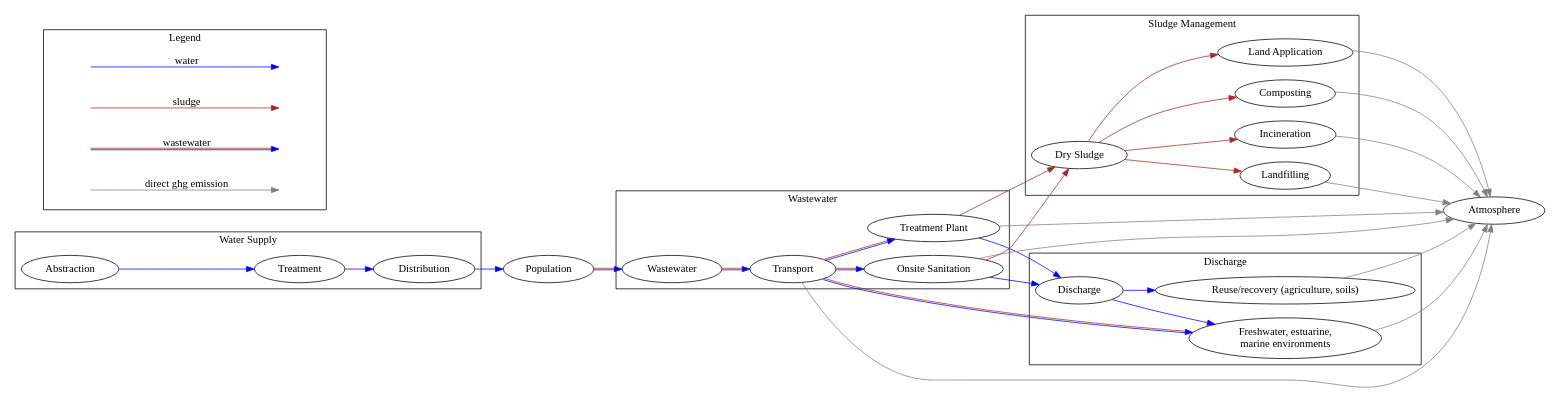
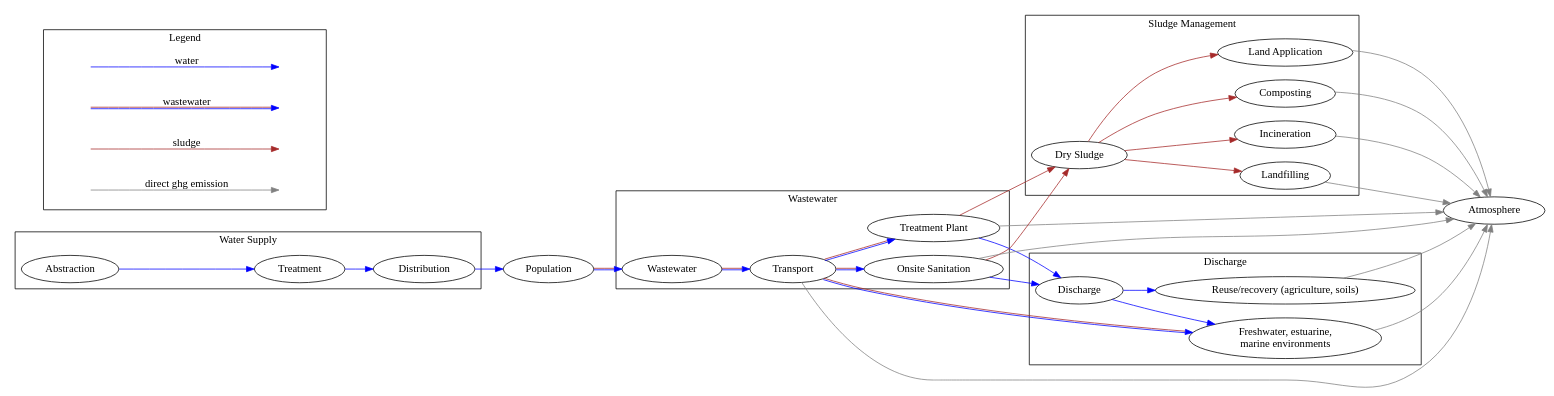
The diagram in v3/frontend/diagram/map.dot (icra/ecam), drawn with Graphviz before and after one commit. The commit also changed 9 other files, not shown here.

```diff
--- a/v3/frontend/diagram/map.dot
+++ b/v3/frontend/diagram/map.dot
@@ -1,70 +1,70 @@
 digraph MyGraph {
   rankdir="LR";
 
   wsa [label="Abstraction"]
   wst [label="Treatment"]
   wsd [label="Distribution"]
   pop [label="Population"]
   ww  [label="Wastewater"]
   tra [label="Transport"]
 
   wwt [label="Treatment Plant"]
   ons [label="Onsite Sanitation"]
 
   dis [label="Discharge"]
   riv [label="Freshwater, estuarine,\nmarine environments"]
   reu [label="Reuse/recovery (agriculture, soils)"]
   slu [label="Dry Sludge"]
   inc [label="Incineration"]
   laf [label="Landfilling"]
   lap [label="Land Application"]
   com [label="Composting"]
 
   subgraph cluster_ws {
     label="Water Supply"
     wsa -> wst -> wsd [color="blue"]
   }
 
   wsd -> pop [color="blue"]
   pop -> ww  [color="blue:brown"]
 
   subgraph cluster_ww{
     label="Wastewater"
     ww  -> tra [color="blue:brown"]
     tra -> {wwt ons} [color="blue:brown"]
   }
 
   subgraph cluster_dis {
     label="Discharge"
     tra -> riv [color="blue:brown"]
     ons -> dis [color="blue"]
     wwt -> dis [color="blue"]
     dis -> riv [color="blue"]
     dis -> reu [color="blue"]
   }
 
   subgraph cluster_sm{
     label="Sludge Management"
     {ons wwt} -> slu               [color="brown"]
     slu       -> {inc laf lap com} [color="brown"]
   }
 
   subgraph cluster_legend {
     rankdi="LR"
     label="Legend"
     legend_a[label="",shape="none"]
     legend_b[label="",shape="none"]
     legend_c[label="",shape="none"]
     legend_d[label="",shape="none"]
     legend_e[label="",shape="none"]
     legend_f[label="",shape="none"]
     legend_g[label="",shape="none"]
     legend_h[label="",shape="none"]
-    legend_a -> legend_b [color="blue",       label="water"]
-    legend_c -> legend_d [color="brown",      label="sludge"]
-    legend_e -> legend_f [color="blue:brown", label="wastewater"]
-    legend_g -> legend_h [color="grey",       label="direct ghg emission"]
+    legend_a->legend_b [color="blue",       label="water"]
+    legend_c->legend_d [color="blue:brown", label="wastewater"]
+    legend_e->legend_f [color="brown",      label="sludge"]
+    legend_g->legend_h [color="grey",       label="direct ghg emission"]
   }
 
   {tra wwt ons riv reu inc laf lap com} -> Atmosphere [color="grey"]
 }
```
